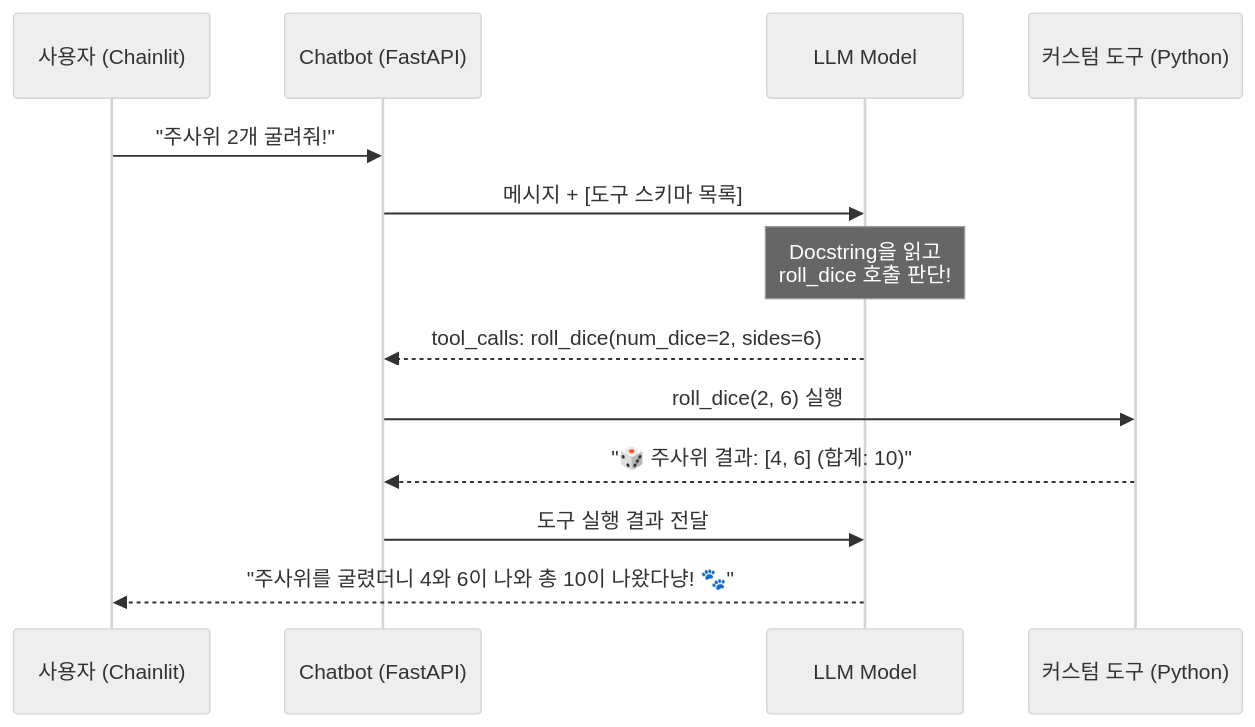
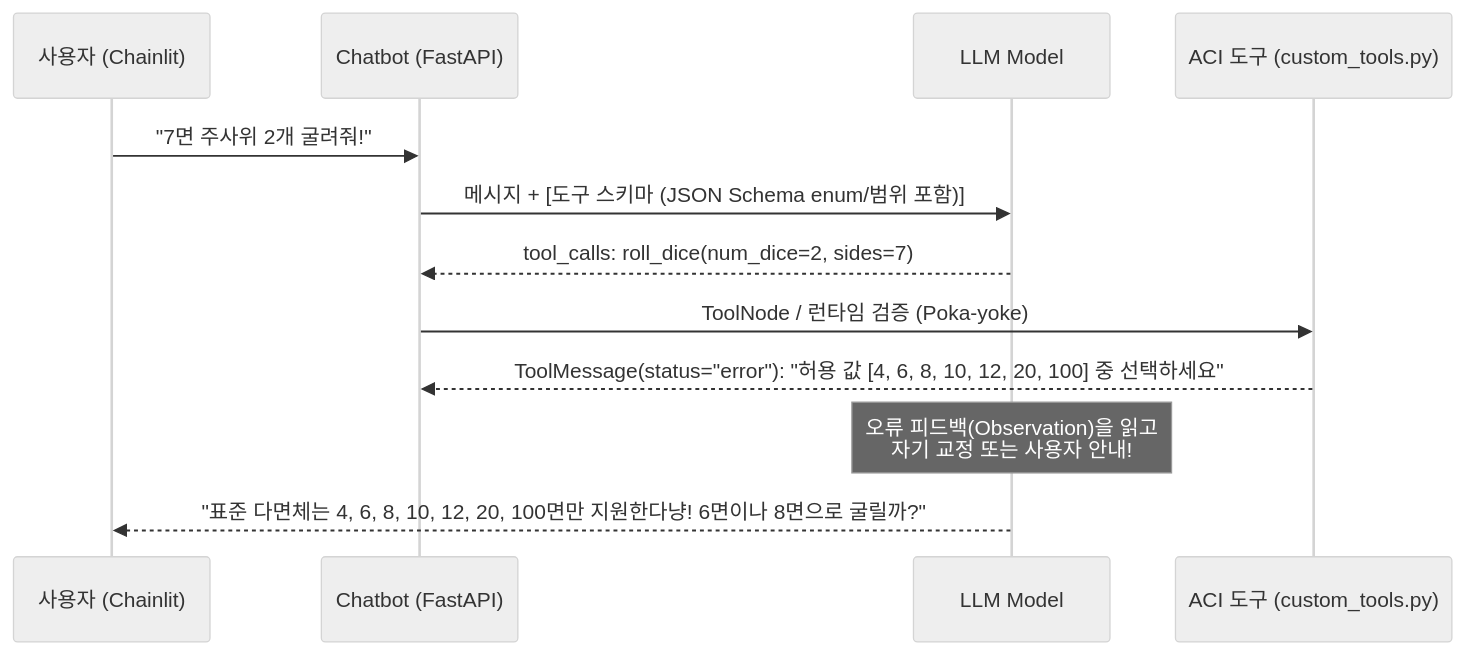
One commit to hukim1112/harness_agent changed the diagram in missions/01_mission_add_custom_tool.md. Above: the diagram before and after it, drawn with Mermaid (neutral theme). The commit also changed other lines of this file and 70 other files, not shown here.

````diff
--- a/missions/01_mission_add_custom_tool.md
+++ b/missions/01_mission_add_custom_tool.md
@@ -23,16 +33,15 @@
 ```mermaid
 sequenceDiagram
     participant User as 사용자 (Chainlit)
     participant Agent as Chatbot (FastAPI)
     participant LLM as LLM Model
-    participant Tool as 커스텀 도구 (Python)
+    participant Tool as ACI 도구 (custom_tools.py)
 
-    User->>Agent: "주사위 2개 굴려줘!"
-    Agent->>LLM: 메시지 + [도구 스키마 목록]
-    Note over LLM: Docstring을 읽고<br/>roll_dice 호출 판단!
-    LLM-->>Agent: tool_calls: roll_dice(num_dice=2, sides=6)
-    Agent->>Tool: roll_dice(2, 6) 실행
-    Tool-->>Agent: "🎲 주사위 결과: [4, 6] (합계: 10)"
-    Agent->>LLM: 도구 실행 결과 전달
-    LLM-->>User: "주사위를 굴렸더니 4와 6이 나와 총 10이 나왔다냥! 🐾"
+    User->>Agent: "7면 주사위 2개 굴려줘!"
+    Agent->>LLM: 메시지 + [도구 스키마 (JSON Schema enum/범위 포함)]
+    LLM-->>Agent: tool_calls: roll_dice(num_dice=2, sides=7)
+    Agent->>Tool: ToolNode / 런타임 검증 (Poka-yoke)
+    Tool-->>Agent: ToolMessage(status="error"): "허용 값 [4, 6, 8, 10, 12, 20, 100] 중 선택하세요"
+    Note over LLM: 오류 피드백(Observation)을 읽고<br/>자기 교정 또는 사용자 안내!
+    LLM-->>User: "표준 다면체는 4, 6, 8, 10, 12, 20, 100면만 지원한다냥! 6면이나 8면으로 굴릴까?"
 ```
````
